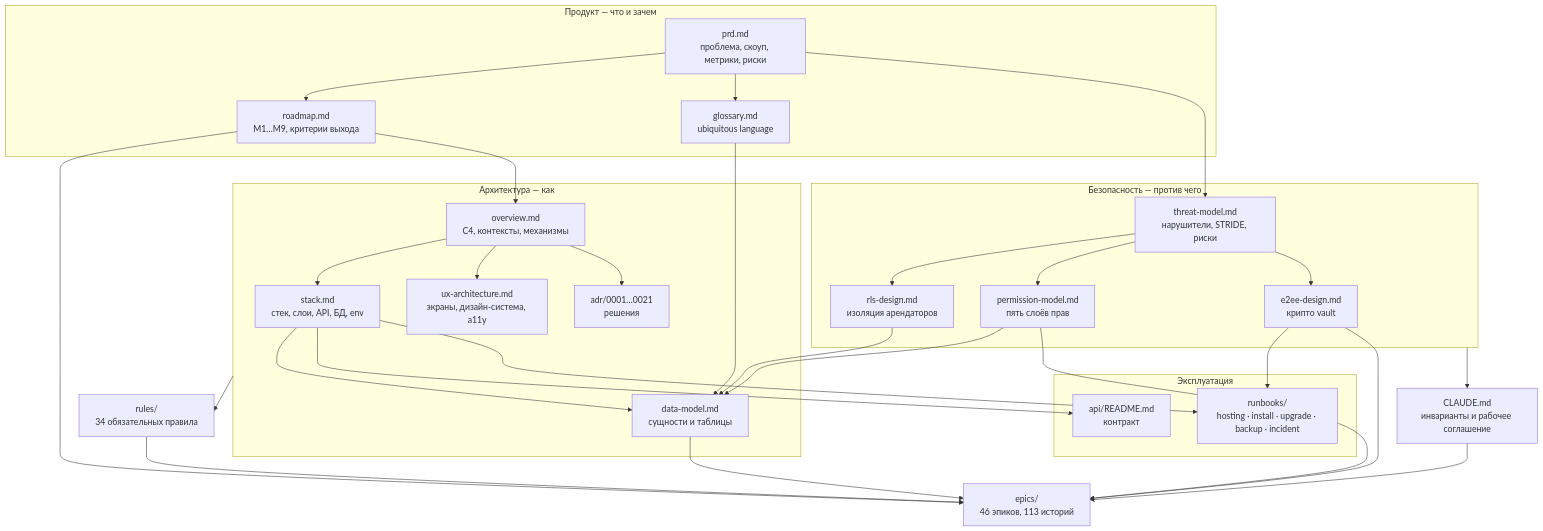
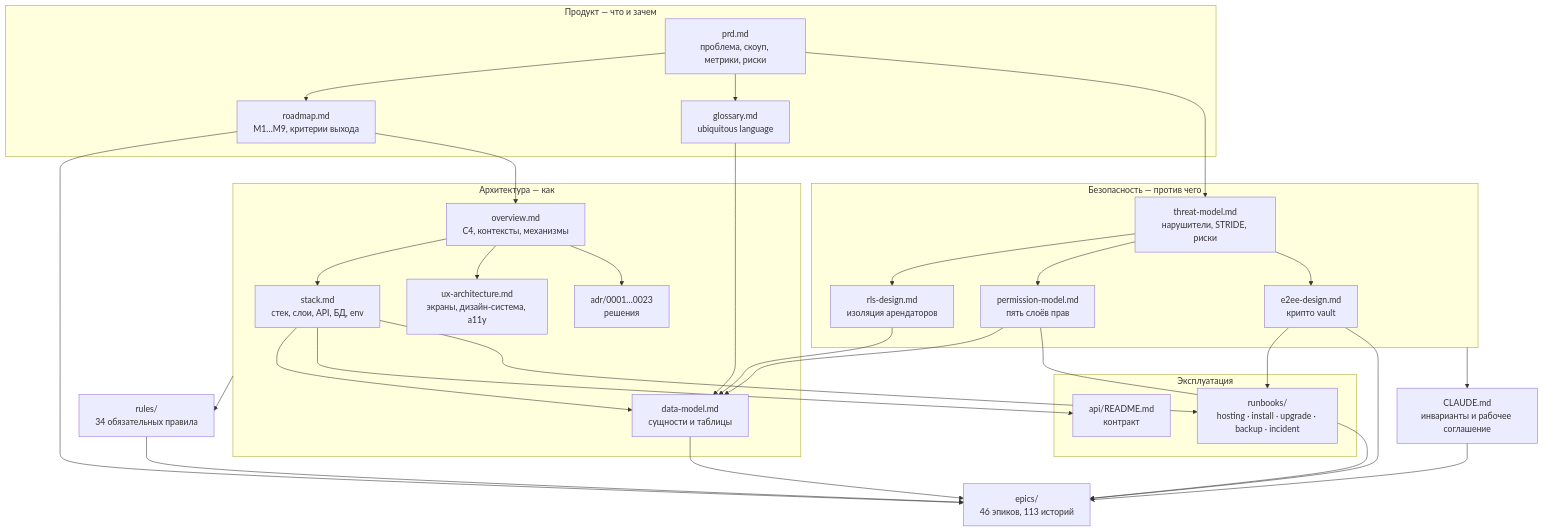
Before and after one commit to code0verdose/bad-crm: the diagram in docs/README.md, drawn with Mermaid. The commit also changed other lines of this file and 31 other files, not shown here.

````diff
--- a/docs/README.md
+++ b/docs/README.md
@@ -105,55 +110,55 @@
 ```mermaid
 flowchart TB
     subgraph product["Продукт — что и зачем"]
         prd["prd.md<br/>проблема, скоуп, метрики, риски"]
         road["roadmap.md<br/>M1…M9, критерии выхода"]
         gloss["glossary.md<br/>ubiquitous language"]
     end
 
     subgraph arch["Архитектура — как"]
         over["overview.md<br/>C4, контексты, механизмы"]
         stack["stack.md<br/>стек, слои, API, БД, env"]
         data["data-model.md<br/>сущности и таблицы"]
         ux["ux-architecture.md<br/>экраны, дизайн-система, a11y"]
-        adr["adr/0001…0021<br/>решения"]
+        adr["adr/0001…0023<br/>решения"]
     end
 
     subgraph sec["Безопасность — против чего"]
         threat["threat-model.md<br/>нарушители, STRIDE, риски"]
         rls["rls-design.md<br/>изоляция арендаторов"]
         perm["permission-model.md<br/>пять слоёв прав"]
         e2ee["e2ee-design.md<br/>крипто vault"]
     end
 
     subgraph ops["Эксплуатация"]
         api["api/README.md<br/>контракт"]
         run["runbooks/<br/>hosting · install · upgrade · backup · incident"]
     end
 
     epics["epics/<br/>46 эпиков, 113 историй"]
     rules["rules/<br/>34 обязательных правила"]
     claude["CLAUDE.md<br/>инварианты и рабочее соглашение"]
 
     prd --> road --> epics
     prd --> gloss --> data
     prd --> threat
     road --> over
     over --> stack --> data
     over --> ux
     stack --> api
     stack --> run
     over --> adr
     threat --> rls
     threat --> perm
     threat --> e2ee
     rls --> data
     perm --> data
     e2ee --> run
     data --> epics
     perm --> epics
     e2ee --> epics
     sec --> claude
     arch --> rules
     rules --> epics
     claude --> epics
 ```
````
